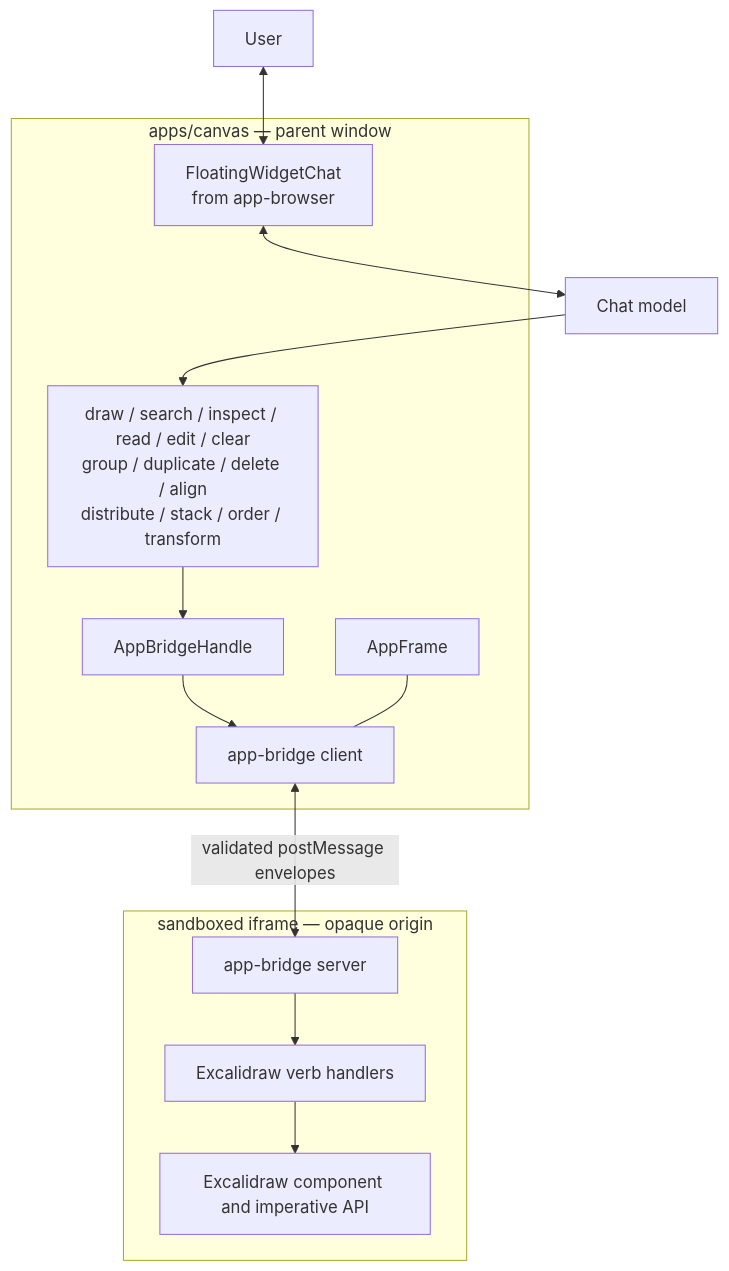
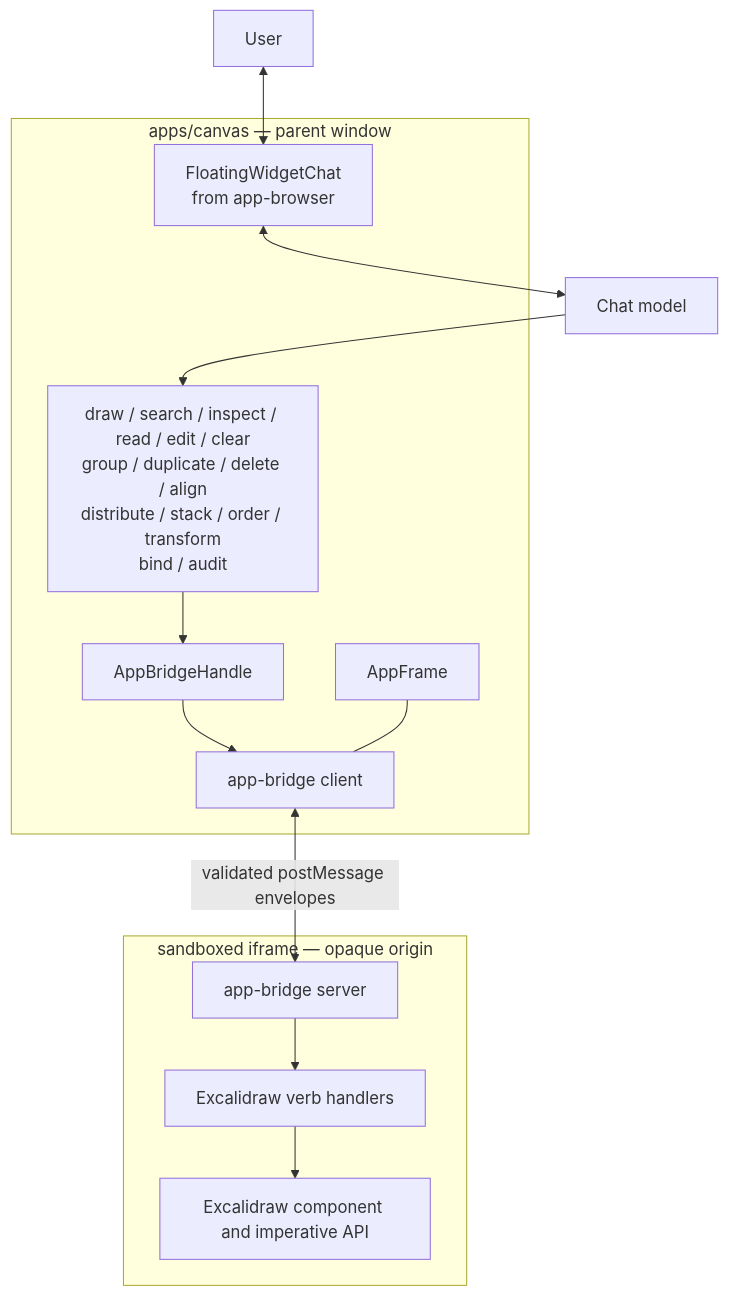
The second of 11 diagrams in docs/app-harness.md (NNTin/tinytinkerer), drawn with Mermaid before and after one commit. The commit also changed other lines of this file and 13 other files, not shown here.

First line of the commit message:
feat(canvas): connectors & bindings verbs (bind, audit) + transform reflow

````diff
--- a/docs/app-harness.md
+++ b/docs/app-harness.md
@@ -70,29 +70,29 @@
 ```mermaid
 flowchart TB
   user[User]
   model[Chat model]
 
   subgraph shell["apps/canvas — parent window"]
     chat["FloatingWidgetChat<br/>from app-browser"]
-    tools["draw / search / inspect / read / edit / clear<br/>group / duplicate / delete / align<br/>distribute / stack / order / transform"]
+    tools["draw / search / inspect / read / edit / clear<br/>group / duplicate / delete / align<br/>distribute / stack / order / transform<br/>bind / audit"]
     handle["AppBridgeHandle"]
     client["app-bridge client"]
     frame["AppFrame"]
   end
 
   subgraph iframe["sandboxed iframe — opaque origin"]
     server["app-bridge server"]
     handlers["Excalidraw verb handlers"]
     component["Excalidraw component and imperative API"]
   end
 
   user <--> chat
   chat <--> model
   model --> tools
   tools --> handle
   handle --> client
   client <-->|"validated postMessage envelopes"| server
   frame --- client
   server --> handlers
   handlers --> component
 ```
````
